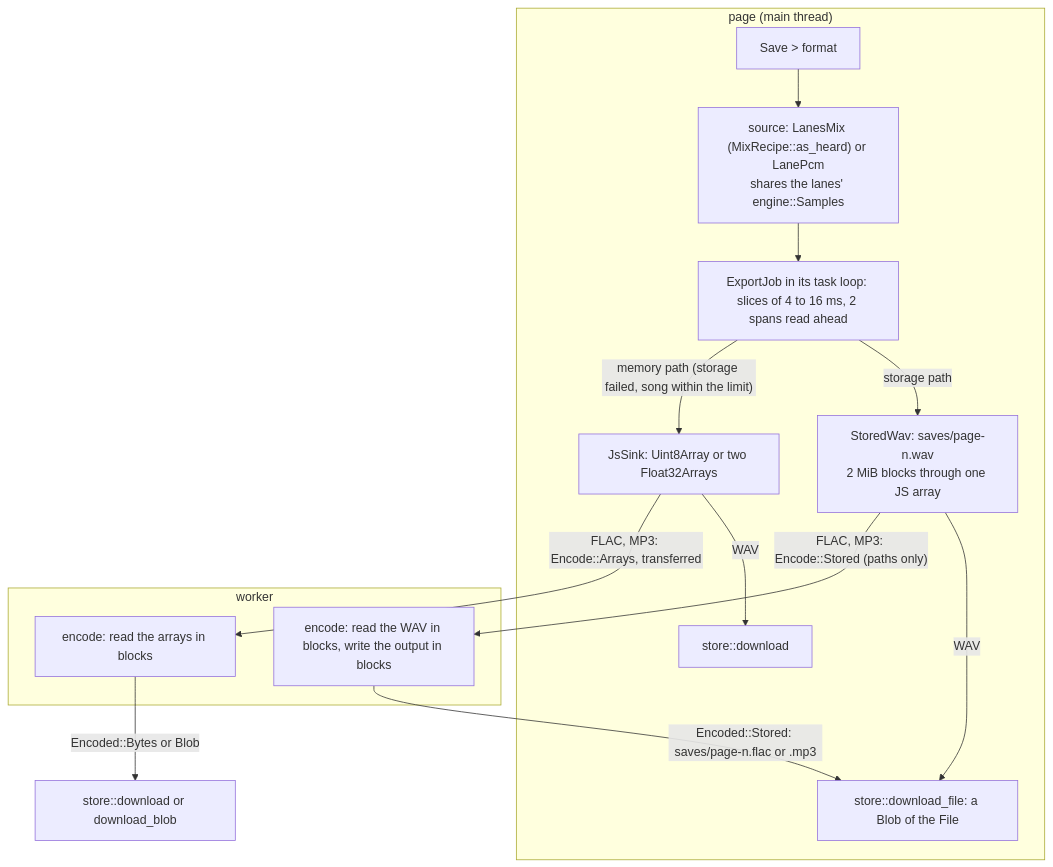
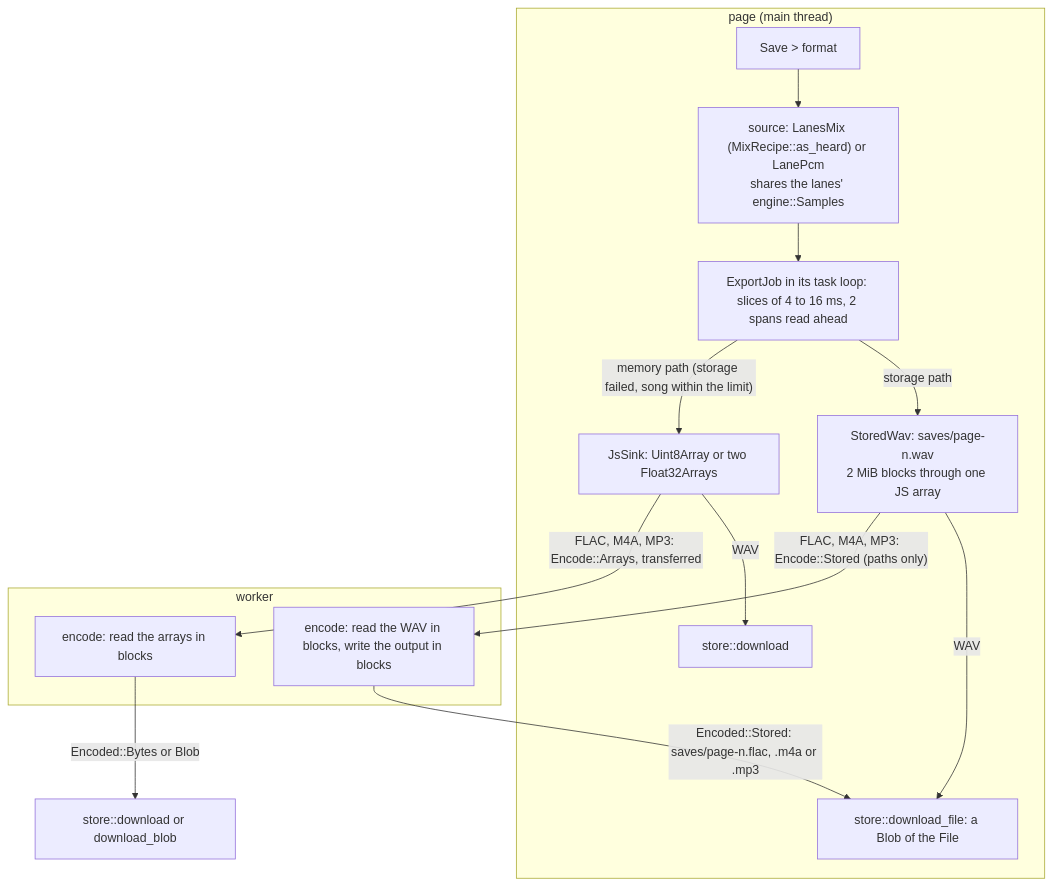
Before and after one commit to lloydmeta/stemyla: the fifth of 5 diagrams in docs/ARCHITECTURE.md, drawn with Mermaid. The commit also changed other lines of this file and 10 other files, not shown here.

````diff
--- a/docs/ARCHITECTURE.md
+++ b/docs/ARCHITECTURE.md
@@ -244,19 +244,19 @@
 ```mermaid
 flowchart TD
   subgraph page["page (main thread)"]
     CLICK["Save > format"] --> SRC["source: LanesMix (MixRecipe::as_heard) or LanePcm<br/>shares the lanes' engine::Samples"]
     SRC --> JOB["ExportJob in its task loop: slices of 4 to 16 ms, 2 spans read ahead"]
     JOB -->|"storage path"| WAV["StoredWav: saves/page-n.wav<br/>2 MiB blocks through one JS array"]
     WAV -->|WAV| OFFER["store::download_file: a Blob of the File"]
     JOB -->|"memory path (storage failed, song within the limit)"| JS["JsSink: Uint8Array or two Float32Arrays"]
     JS -->|WAV| DL["store::download"]
   end
   subgraph worker["worker"]
     ENC["encode: read the WAV in blocks, write the output in blocks"]
     ENCM["encode: read the arrays in blocks"]
   end
-  WAV -->|"FLAC, MP3: Encode::Stored (paths only)"| ENC
-  ENC -->|"Encoded::Stored: saves/page-n.flac or .mp3"| OFFER
-  JS -->|"FLAC, MP3: Encode::Arrays, transferred"| ENCM
+  WAV -->|"FLAC, M4A, MP3: Encode::Stored (paths only)"| ENC
+  ENC -->|"Encoded::Stored: saves/page-n.flac, .m4a or .mp3"| OFFER
+  JS -->|"FLAC, M4A, MP3: Encode::Arrays, transferred"| ENCM
   ENCM -->|"Encoded::Bytes or Blob"| DL2["store::download or download_blob"]
 ```
````
